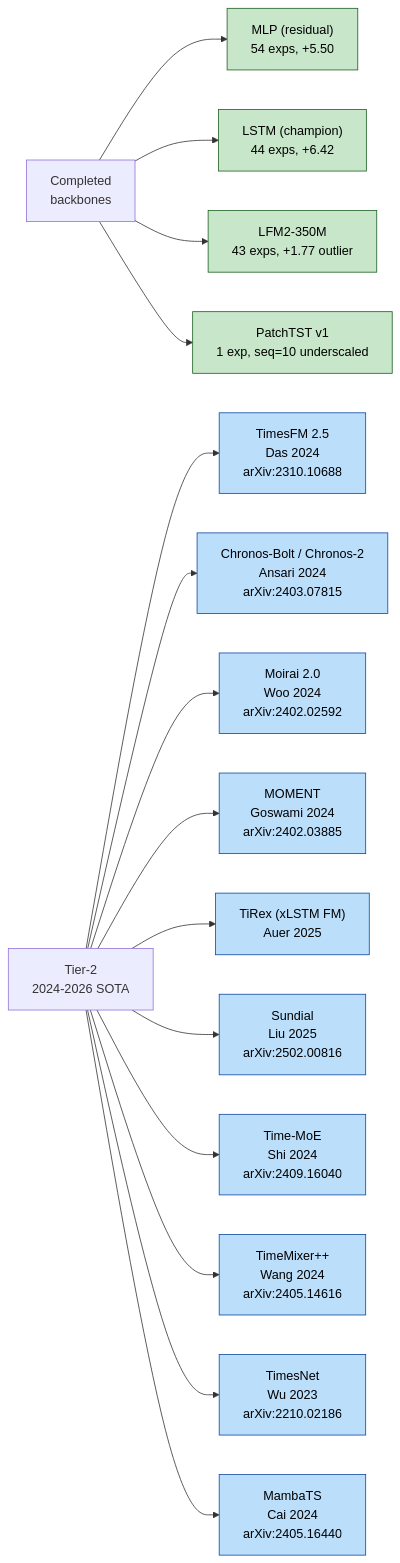
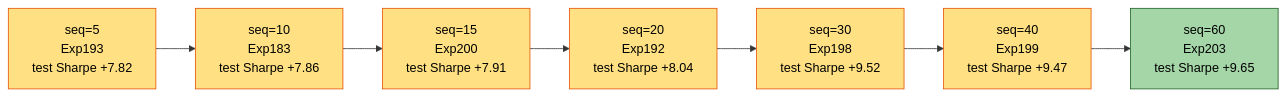
Before and after one commit to dlmastery/autoresearch: the sixth of 8 diagrams in autoresearch/autoresearch_results/medium_article.md, drawn with Mermaid. The commit also changed other lines of this file and 4 other files, not shown here.

````diff
--- a/autoresearch/autoresearch_results/medium_article.md
+++ b/autoresearch/autoresearch_results/medium_article.md
@@ -404,26 +381,14 @@
 ```mermaid
 flowchart LR
-    DONE["Completed<br/>backbones"]
-    TIER2["Tier-2<br/>2024-2026 SOTA"]
+    S5["seq=5<br/>Exp193<br/>test Sharpe +7.82"] --> S10["seq=10<br/>Exp183<br/>test Sharpe +7.86"]
+    S10 --> S15["seq=15<br/>Exp200<br/>test Sharpe +7.91"]
+    S15 --> S20["seq=20<br/>Exp192<br/>test Sharpe +8.04"]
+    S20 --> S30["seq=30<br/>Exp198<br/>test Sharpe +9.52"]
+    S30 --> S40["seq=40<br/>Exp199<br/>test Sharpe +9.47"]
+    S40 --> S60["seq=60<br/>Exp203<br/>test Sharpe +9.65"]
 
-    DONE --> MLP["MLP (residual)<br/>54 exps, +5.50"]
-    DONE --> LSTM["LSTM (champion)<br/>44 exps, +6.42"]
-    DONE --> LFM["LFM2-350M<br/>43 exps, +1.77 outlier"]
-    DONE --> PTST["PatchTST v1<br/>1 exp, seq=10 underscaled"]
-
-    TIER2 --> TFM["TimesFM 2.5<br/>Das 2024<br/>arXiv:2310.10688"]
-    TIER2 --> CB["Chronos-Bolt / Chronos-2<br/>Ansari 2024<br/>arXiv:2403.07815"]
-    TIER2 --> MOI["Moirai 2.0<br/>Woo 2024<br/>arXiv:2402.02592"]
-    TIER2 --> MOM["MOMENT<br/>Goswami 2024<br/>arXiv:2402.03885"]
-    TIER2 --> TIX["TiRex (xLSTM FM)<br/>Auer 2025"]
-    TIER2 --> SUN["Sundial<br/>Liu 2025<br/>arXiv:2502.00816"]
-    TIER2 --> TMOE["Time-MoE<br/>Shi 2024<br/>arXiv:2409.16040"]
-    TIER2 --> TMX["TimeMixer++<br/>Wang 2024<br/>arXiv:2405.14616"]
-    TIER2 --> TNN["TimesNet<br/>Wu 2023<br/>arXiv:2210.02186"]
-    TIER2 --> MBT["MambaTS<br/>Cai 2024<br/>arXiv:2405.16440"]
-
-    classDef done fill:#c8e6c9,stroke:#1b5e20,color:#000
-    classDef tier fill:#bbdefb,stroke:#0d47a1,color:#000
-    class MLP,LSTM,LFM,PTST done
-    class TFM,CB,MOI,MOM,TIX,SUN,TMOE,TMX,TNN,MBT tier
+    classDef champ fill:#a5d6a7,stroke:#1b5e20,color:#000
+    classDef step fill:#ffe082,stroke:#e65100,color:#000
+    class S60 champ
+    class S5,S10,S15,S20,S30,S40 step
 ```
````
